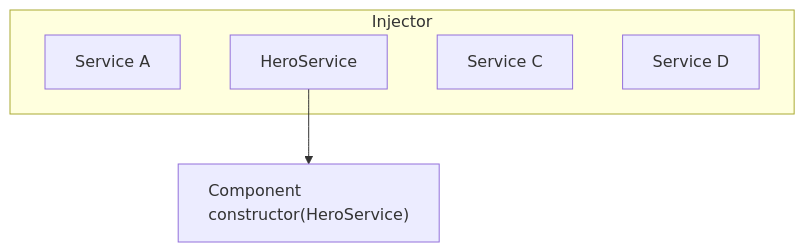
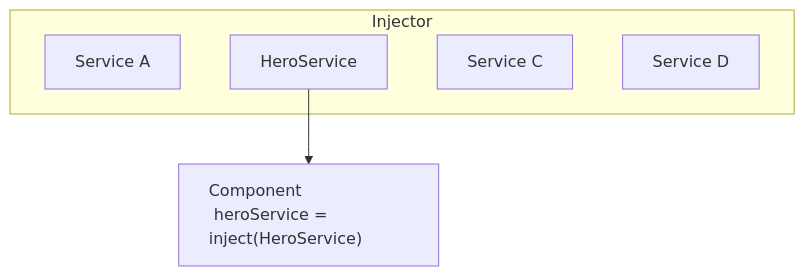
The diagram in adev-es/src/content/guide/di/dependency-injection.md (angular-hispano/angular-docs-es), drawn with Mermaid before and after one commit. The commit also changed other lines of this file and 264 other files, not shown here.

````diff
--- a/adev-es/src/content/guide/di/dependency-injection.md
+++ b/adev-es/src/content/guide/di/dependency-injection.md
@@ -122,13 +122,13 @@
 ```mermaid
 graph TD;
 subgraph Injector
 serviceA[Service A]
 heroService[HeroService]
 serviceC[Service C]
 serviceD[Service D]
 end
 direction TB
-componentConstructor["Component\nconstructor(HeroService)"]
-heroService-->componentConstructor
-style componentConstructor text-align: left
+componentProperty["Component <br> heroService = inject(HeroService)"]
+heroService-->componentProperty
+style componentProperty text-align: left
 ```
````
